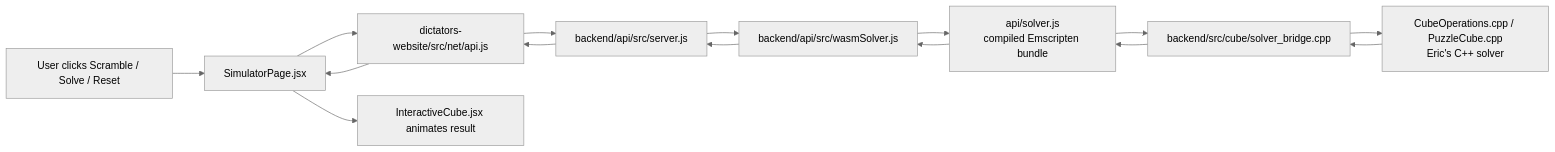
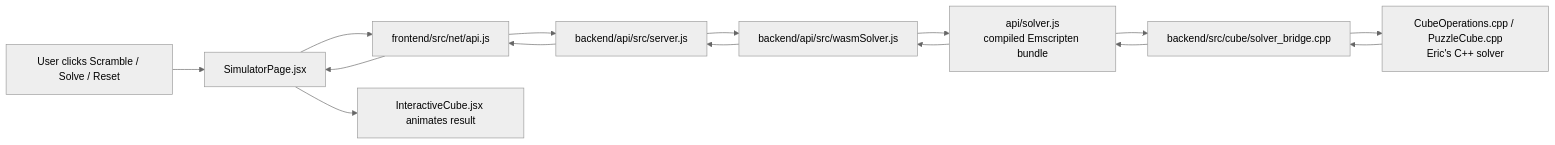
One commit to Ofunrein/dictators-rubikscube changed the first of 3 diagrams in docs/sprint-3-martin.md. Above: the diagram before and after it, drawn with Mermaid (neutral theme). The commit also changed other lines of this file and 191 other files, not shown here.

````diff
--- a/docs/sprint-3-martin.md
+++ b/docs/sprint-3-martin.md
@@ -67,17 +86,17 @@
 ```mermaid
 flowchart LR
     A[User clicks Scramble / Solve / Reset] --> B[SimulatorPage.jsx]
-    B --> C[dictators-website/src/net/api.js]
+    B --> C[frontend/src/net/api.js]
     C --> D[backend/api/src/server.js]
     D --> E[backend/api/src/wasmSolver.js]
     E --> F[api/solver.js<br/>compiled Emscripten bundle]
     F --> G[backend/src/cube/solver_bridge.cpp]
     G --> H[CubeOperations.cpp / PuzzleCube.cpp<br/>Eric's C++ solver]
     H --> G
     G --> F
     F --> E
     E --> D
     D --> C
     C --> B
     B --> I[InteractiveCube.jsx animates result]
 ```
````
